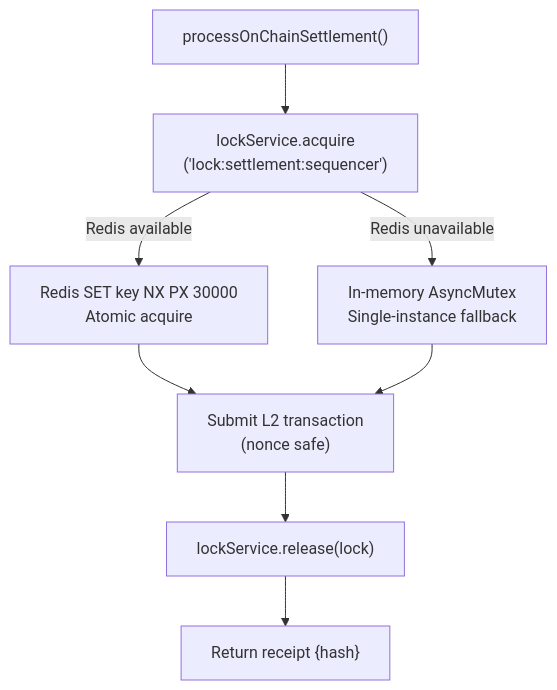
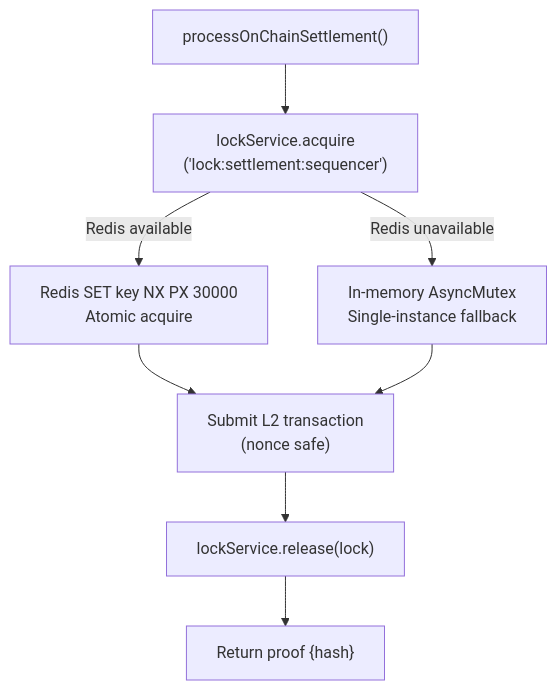
One commit to 0xaje/KorriPay changed the second of 3 diagrams in docs/architecture/06-settlement-pipeline.md. Above: the diagram before and after it, drawn with Mermaid. The commit also changed other lines of this file and 26 other files, not shown here.

````diff
--- a/docs/architecture/06-settlement-pipeline.md
+++ b/docs/architecture/06-settlement-pipeline.md
@@ -44,10 +44,10 @@
 ```mermaid
 flowchart TD
     EXEC["processOnChainSettlement()"] --> LOCK["lockService.acquire\n('lock:settlement:sequencer')"]
     LOCK -->|Redis available| REDIS["Redis SET key NX PX 30000\nAtomic acquire"]
     LOCK -->|Redis unavailable| MUTEX["In-memory AsyncMutex\nSingle-instance fallback"]
     REDIS --> TX["Submit L2 transaction\n(nonce safe)"]
     MUTEX --> TX
     TX --> RELEASE["lockService.release(lock)"]
-    RELEASE --> RETURN["Return receipt {hash}"]
+    RELEASE --> RETURN["Return proof {hash}"]
 ```
````
